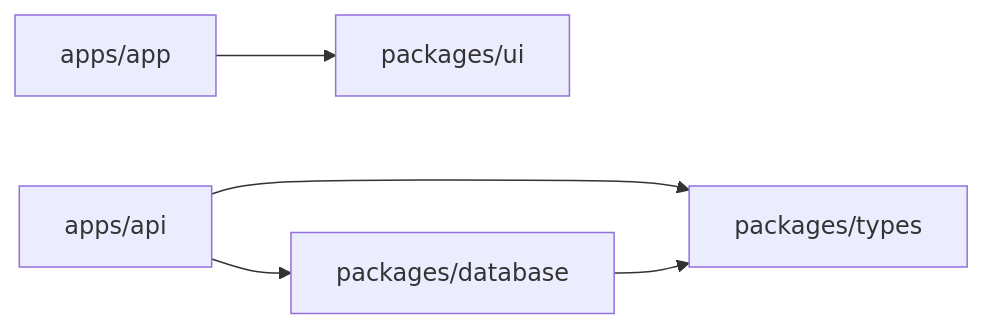
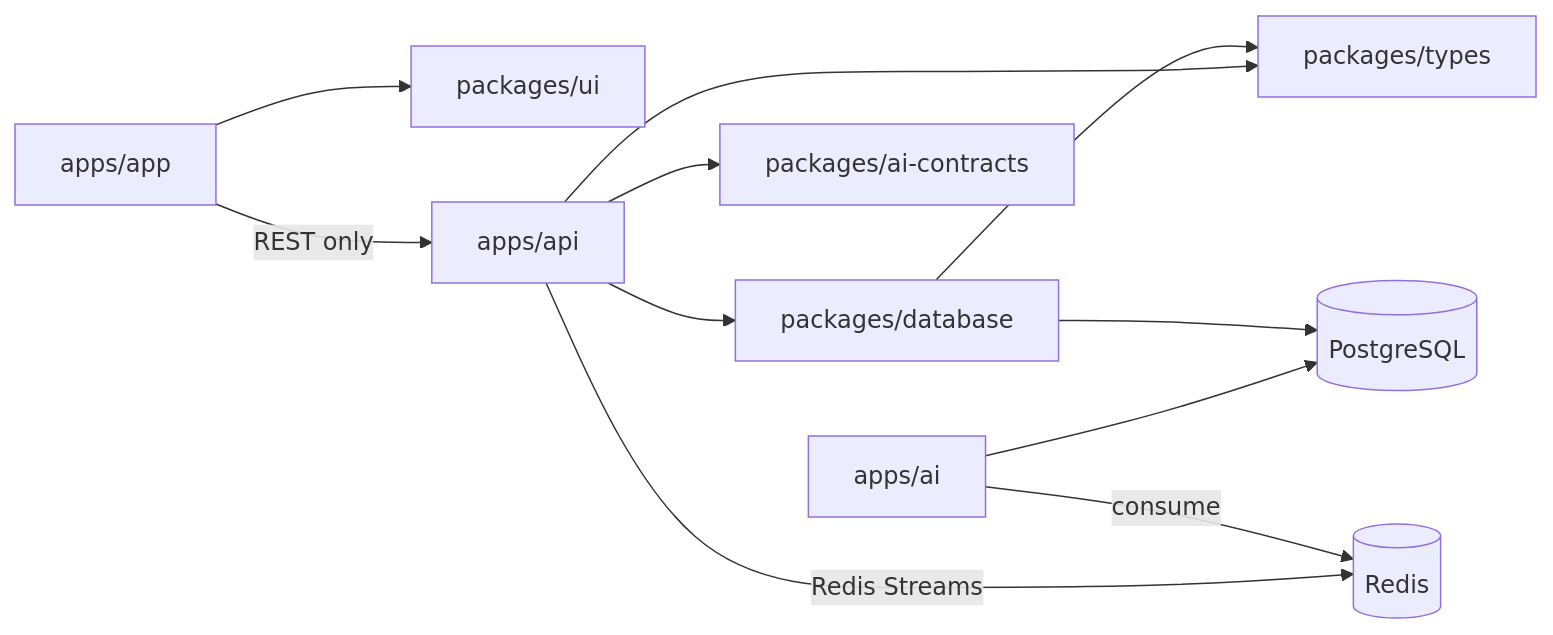
The second of 3 diagrams in doc/features/monorepo-workflow.md (Khalil-Bchir/full-stack-saas-boilerplate), drawn with Mermaid before and after one commit. The commit also changed other lines of this file and 91 other files, not shown here.

````diff
--- a/doc/features/monorepo-workflow.md
+++ b/doc/features/monorepo-workflow.md
@@ -38,7 +44,13 @@
 ```mermaid
 flowchart LR
     App[apps/app] --> UI[packages/ui]
-    API[apps/api] --> DB[packages/database]
+    App -->|REST only| API[apps/api]
+    API --> DB[packages/database]
     API --> Types[packages/types]
+    API --> Contracts[packages/ai-contracts]
+    API -->|Redis Streams| Redis[(Redis)]
+    AI[apps/ai] -->|consume| Redis
+    AI --> PG[(PostgreSQL)]
     DB --> Types
+    DB --> PG
 ```
````
